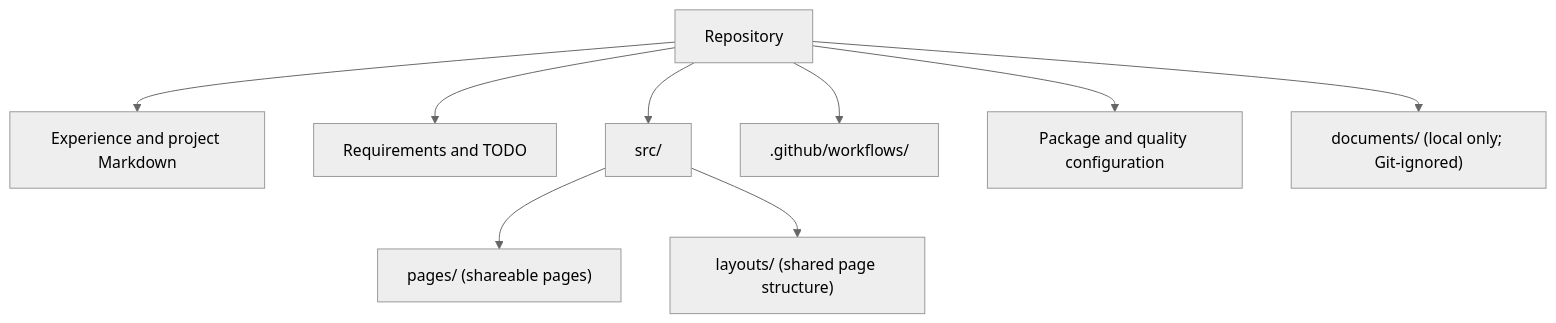
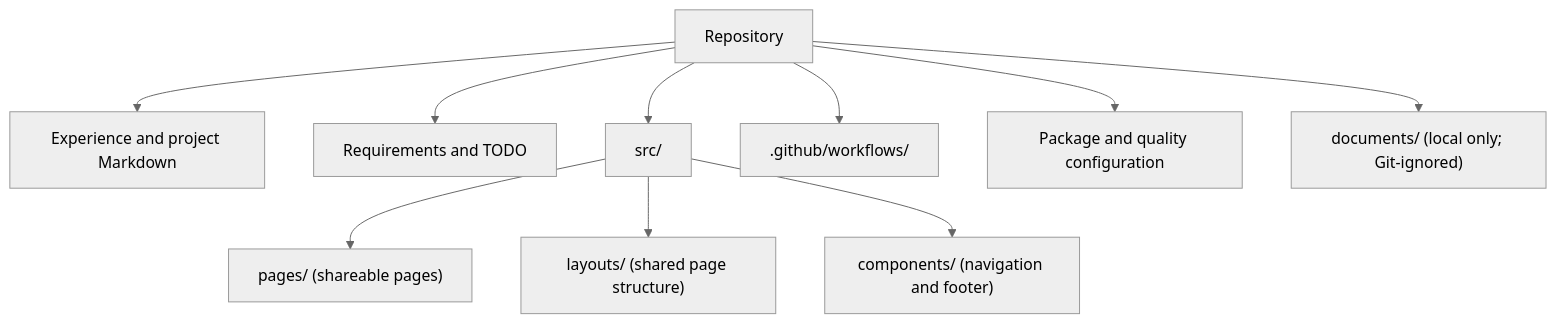
Before and after one commit to 6210/dfpf-26-27: the first of 2 diagrams in README.MD, drawn with Mermaid (neutral theme). The commit also changed other lines of this file and 4 other files, not shown here.

````diff
--- a/README.MD
+++ b/README.MD
@@ -120,12 +121,13 @@
 ```mermaid
 flowchart TD
     Repo["Repository"]
     Repo --> References["Experience and project Markdown"]
     Repo --> Planning["Requirements and TODO"]
     Repo --> Source["src/"]
     Source --> Pages["pages/ (shareable pages)"]
     Source --> Layout["layouts/ (shared page structure)"]
+    Source --> Components["components/ (navigation and footer)"]
     Repo --> Workflow[".github/workflows/"]
     Repo --> Config["Package and quality configuration"]
     Repo --> Local["documents/ (local only; Git-ignored)"]
 ```
````
